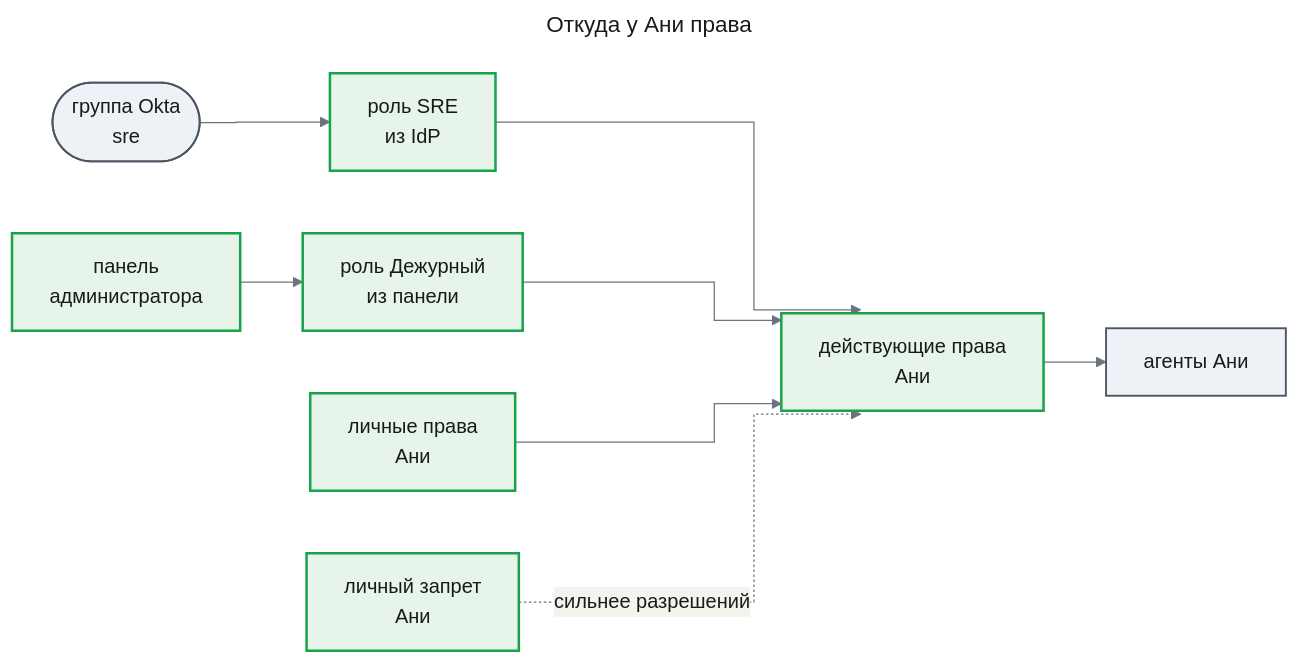
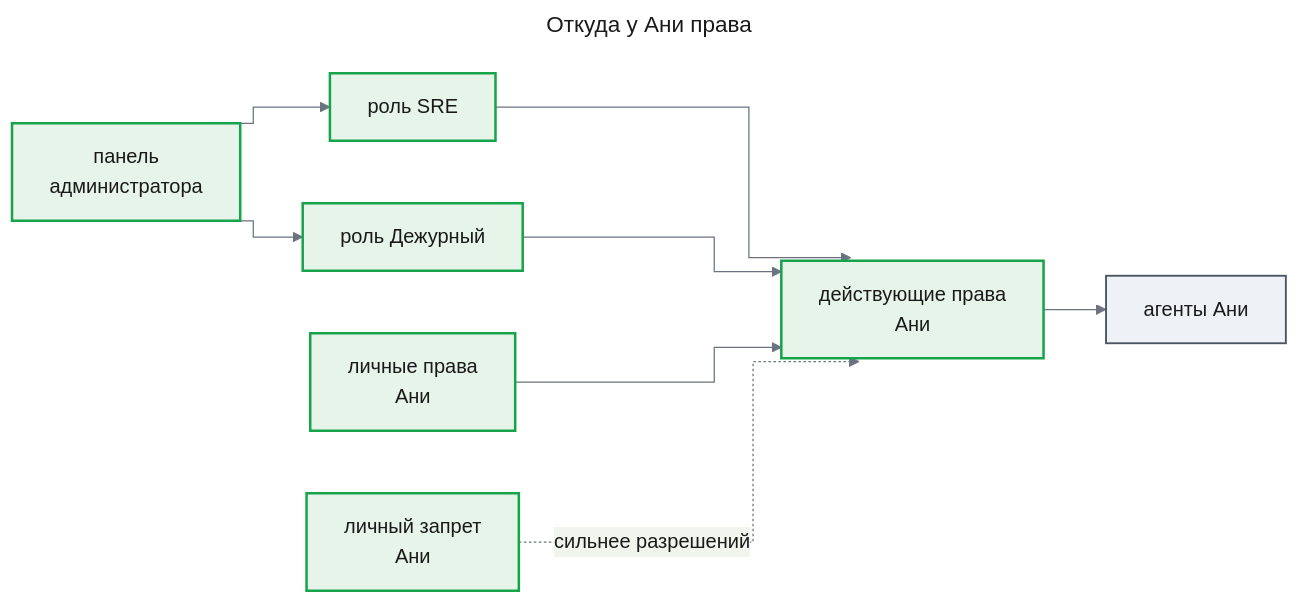
One commit to tundraray/agent-os changed the second of 6 diagrams in docs/features/enterprise-access/prd.md. Above: the diagram before and after it, drawn with Mermaid. The commit also changed other lines of this file, not shown here.

````diff
--- a/docs/features/enterprise-access/prd.md
+++ b/docs/features/enterprise-access/prd.md
@@ -141,35 +140,34 @@
 ```mermaid
 ---
 title: "Откуда у Ани права"
 config:
   theme: base
   look: classic
   themeVariables:
     primaryColor: "#eef1f5"
     primaryBorderColor: "#4b5563"
     primaryTextColor: "#1a1a1a"
     lineColor: "#6b7280"
   flowchart:
     curve: step
 ---
 flowchart LR
-    grp(["группа Okta<br/>sre"])
     panel["панель<br/>администратора"]
-    r1["роль SRE<br/>из IdP"]
-    r2["роль Дежурный<br/>из панели"]
+    r1["роль SRE"]
+    r2["роль Дежурный"]
     own["личные права<br/>Ани"]
     deny["личный запрет<br/>Ани"]
     eff["действующие права<br/>Ани"]
     agents["агенты Ани"]
-    grp --> r1
+    panel --> r1
     panel --> r2
     r1 --> eff
     r2 --> eff
     own --> eff
     deny -.->|"сильнее разрешений"| eff
     eff --> agents
     classDef new fill:#e6f4ea,stroke:#16a34a,stroke-width:2px,color:#1a1a1a
     classDef unchanged fill:#eef1f5,stroke:#4b5563,stroke-width:1.5px,color:#1a1a1a
     class panel,r1,r2,own,deny,eff new
-    class grp,agents unchanged
+    class agents unchanged
 ```
````
